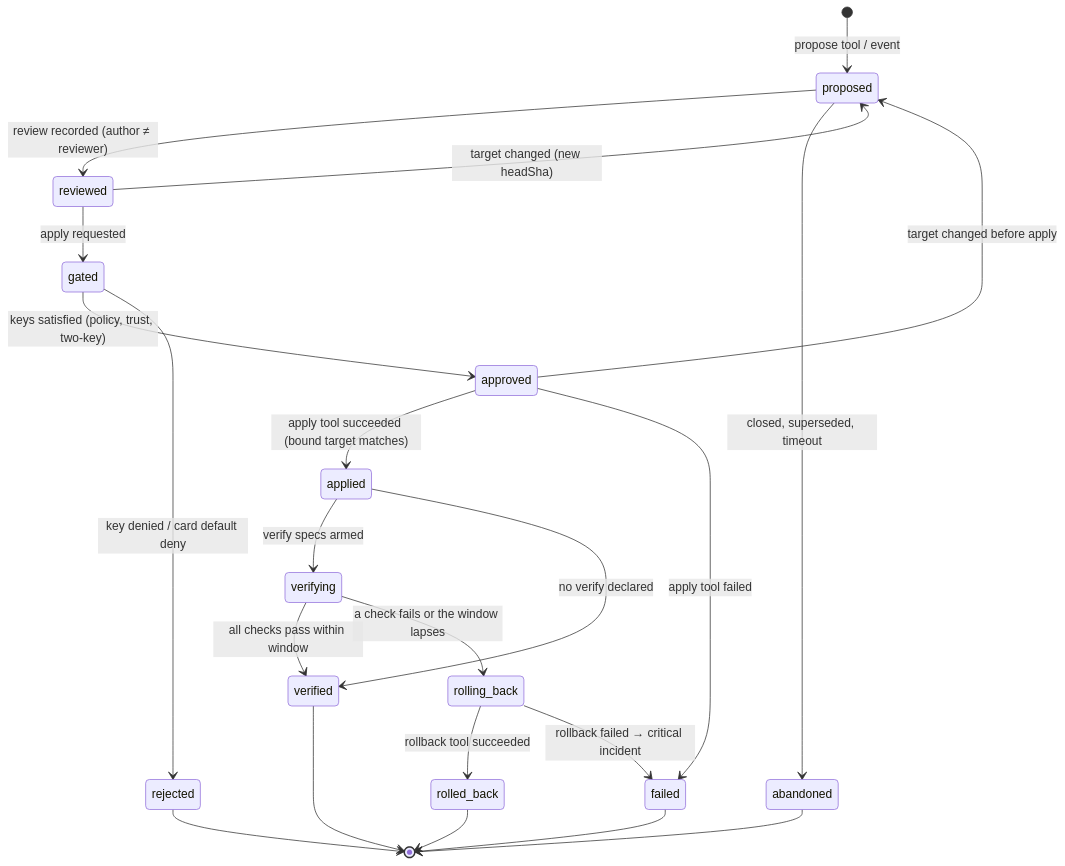
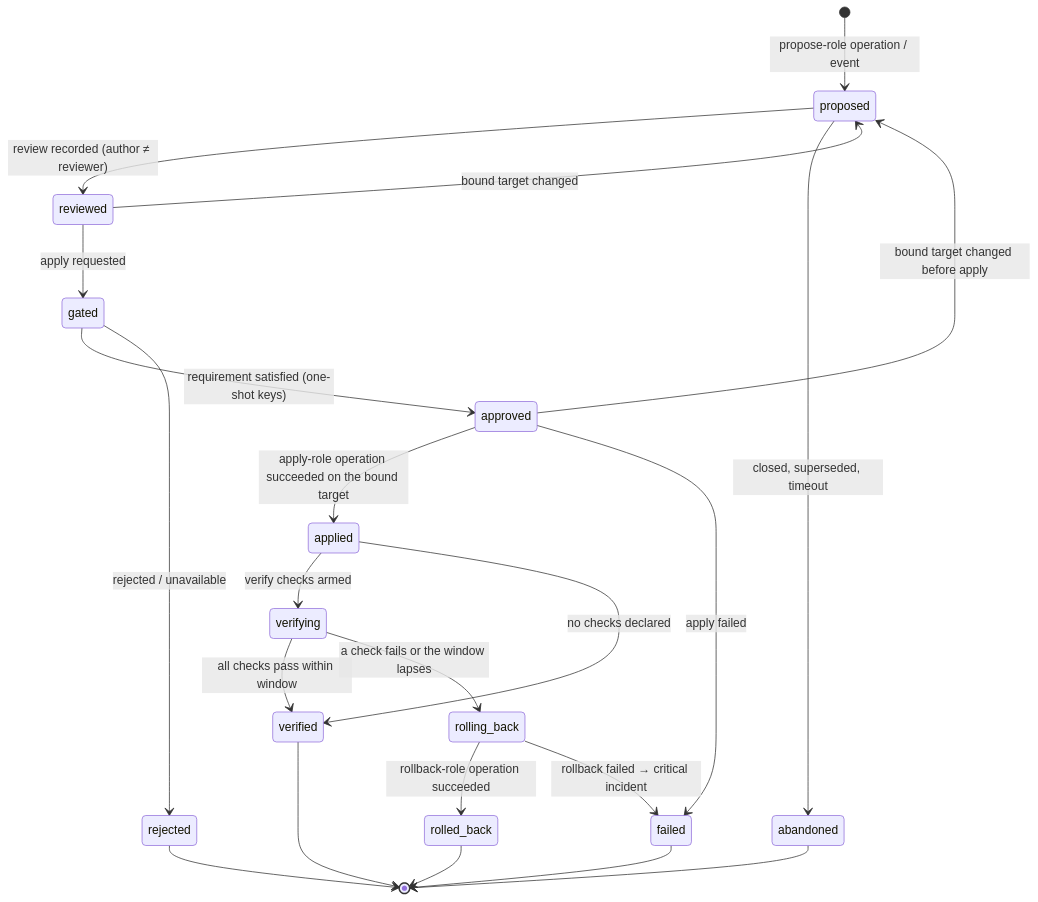
Before and after one commit to xuancanh/YAAP: the third of 4 diagrams in docs/plugins.md, drawn with Mermaid. The commit also changed other lines of this file and 3 other files, not shown here.

````diff
--- a/docs/plugins.md
+++ b/docs/plugins.md
@@ -895,24 +1191,24 @@
 ```mermaid
 stateDiagram-v2
-  [*] --> proposed: propose tool / event
+  [*] --> proposed: propose-role operation / event
   proposed --> reviewed: review recorded (author ≠ reviewer)
   proposed --> abandoned: closed, superseded, timeout
-  reviewed --> proposed: target changed (new headSha)
+  reviewed --> proposed: bound target changed
   reviewed --> gated: apply requested
-  gated --> approved: keys satisfied (policy, trust, two-key)
-  gated --> rejected: key denied / card default deny
-  approved --> proposed: target changed before apply
-  approved --> applied: apply tool succeeded (bound target matches)
-  approved --> failed: apply tool failed
-  applied --> verifying: verify specs armed
-  applied --> verified: no verify declared
+  gated --> approved: requirement satisfied (one-shot keys)
+  gated --> rejected: rejected / unavailable
+  approved --> proposed: bound target changed before apply
+  approved --> applied: apply-role operation succeeded on the bound target
+  approved --> failed: apply failed
+  applied --> verifying: verify checks armed
+  applied --> verified: no checks declared
   verifying --> verified: all checks pass within window
   verifying --> rolling_back: a check fails or the window lapses
-  rolling_back --> rolled_back: rollback tool succeeded
+  rolling_back --> rolled_back: rollback-role operation succeeded
   rolling_back --> failed: rollback failed → critical incident
   verified --> [*]
   rolled_back --> [*]
   rejected --> [*]
   abandoned --> [*]
   failed --> [*]
 ```
````
